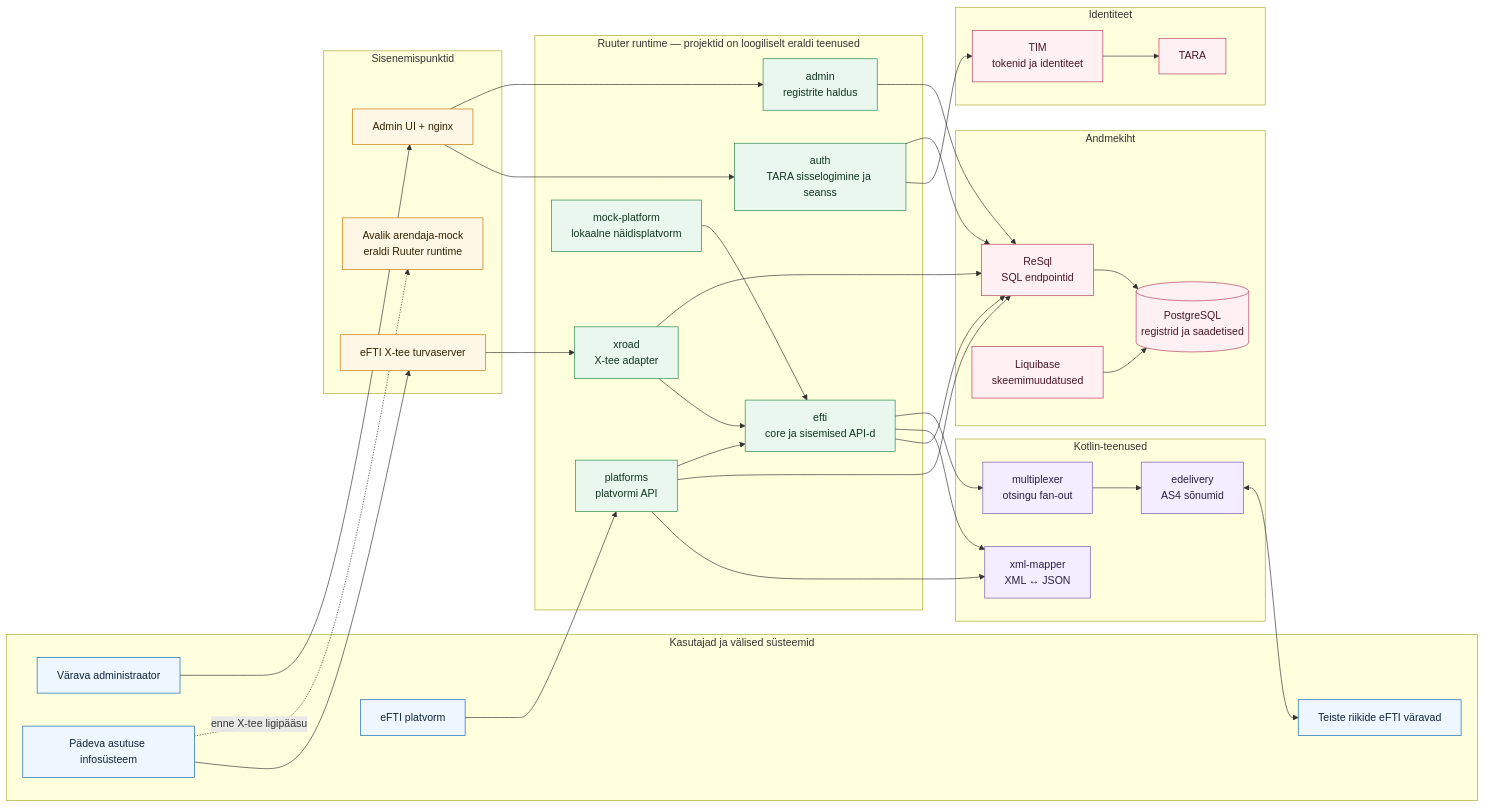
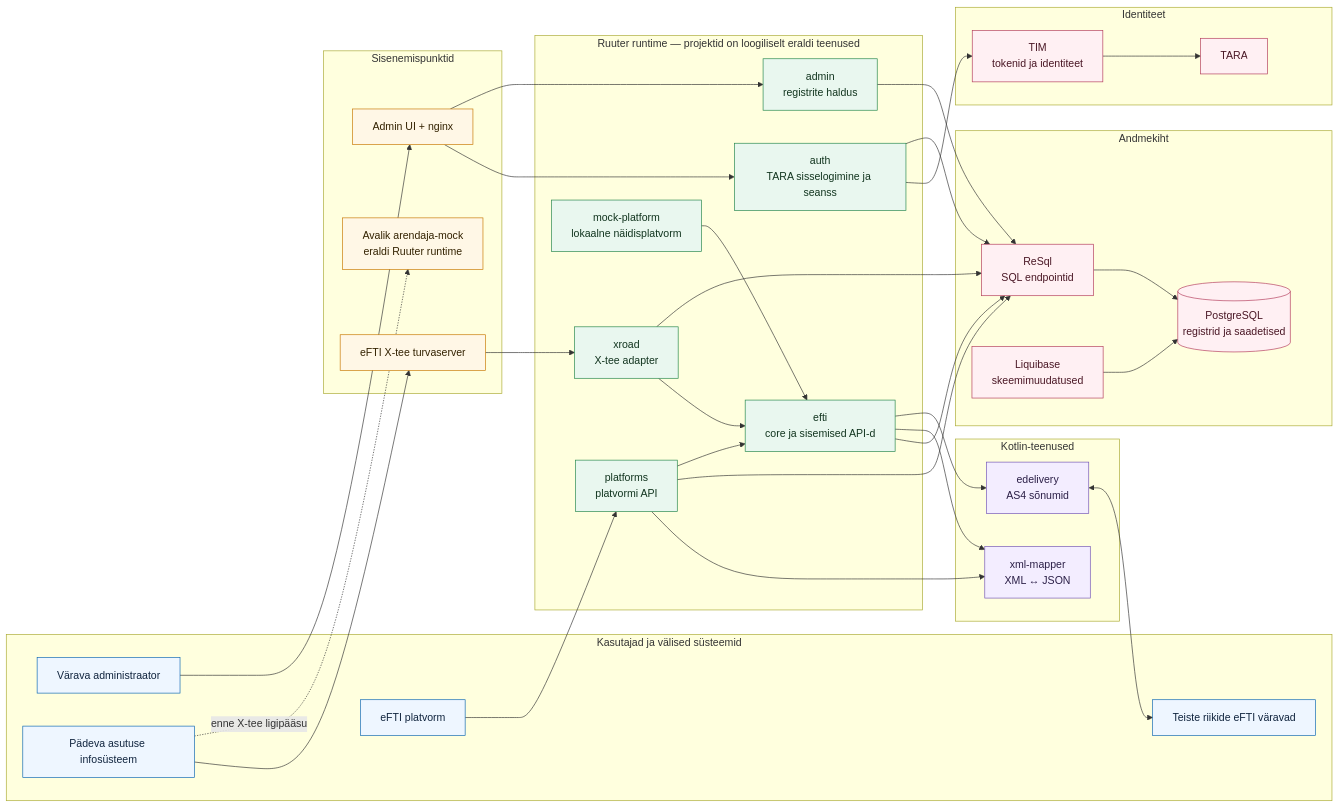
One commit to kemit-ee/efti-gate-ee changed the diagram in docs/user-guide/src/images/system-architecture.mmd. Above: the diagram before and after it, drawn with Mermaid. The commit also changed 50 other files, not shown here.

```diff
--- a/docs/user-guide/src/images/system-architecture.mmd
+++ b/docs/user-guide/src/images/system-architecture.mmd
@@ -1,80 +1,78 @@
 flowchart LR
   classDef actor fill:#eef6ff,stroke:#0b66b2,color:#10243e,stroke-width:1px
   classDef edge fill:#fff7e6,stroke:#c77700,color:#332200,stroke-width:1px
   classDef ruuter fill:#e9f7ef,stroke:#23864a,color:#12351f,stroke-width:1px
   classDef kotlin fill:#f3edff,stroke:#7253b5,color:#2b1f47,stroke-width:1px
   classDef data fill:#fff0f3,stroke:#b33b5a,color:#4a1725,stroke-width:1px
 
   subgraph USERS["Kasutajad ja välised süsteemid"]
     ADMIN["Värava administraator"]
     PLATFORM["eFTI platvorm"]
     AUTHORITY["Pädeva asutuse infosüsteem"]
     PEERS["Teiste riikide eFTI väravad"]
   end
 
   subgraph ENTRY["Sisenemispunktid"]
     UI["Admin UI + nginx"]
     SS["eFTI X-tee turvaserver"]
     DEV["Avalik arendaja-mock\neraldi Ruuter runtime"]
   end
 
   subgraph RR["Ruuter runtime — projektid on loogiliselt eraldi teenused"]
     AUTH["auth\nTARA sisselogimine ja seanss"]
     ADMINAPI["admin\nregistrite haldus"]
     PLATFORMAPI["platforms\nplatvormi API"]
     XROAD["xroad\nX-tee adapter"]
     EFTI["efti\ncore ja sisemised API-d"]
     MOCK["mock-platform\nlokaalne näidisplatvorm"]
   end
 
   subgraph JVM["Kotlin-teenused"]
     XML["xml-mapper\nXML ↔ JSON"]
-    MUX["multiplexer\notsingu fan-out"]
     EDELIVERY["edelivery\nAS4 sõnumid"]
   end
 
   subgraph ID["Identiteet"]
     TIM["TIM\ntokenid ja identiteet"]
     TARA["TARA"]
   end
 
   subgraph DATA["Andmekiht"]
     RESQL["ReSql\nSQL endpointid"]
     DB[("PostgreSQL\nregistrid ja saadetised")]
     LB["Liquibase\nskeemimuudatused"]
   end
 
   ADMIN --> UI
   UI --> AUTH
   UI --> ADMINAPI
   AUTH --> TIM --> TARA
 
   PLATFORM --> PLATFORMAPI
   PLATFORMAPI --> XML
   PLATFORMAPI --> RESQL
   PLATFORMAPI --> EFTI
 
   AUTHORITY --> SS --> XROAD
   XROAD --> EFTI
   XROAD --> RESQL
 
   ADMINAPI --> RESQL
   AUTH --> RESQL
   EFTI --> RESQL
   EFTI --> XML
-  EFTI --> MUX
+  EFTI --> EDELIVERY
   MOCK --> EFTI
 
-  MUX --> EDELIVERY
   EDELIVERY <--> PEERS
 
   RESQL --> DB
   LB --> DB
 
   AUTHORITY -. "enne X-tee ligipääsu" .-> DEV
 
   class ADMIN,PLATFORM,AUTHORITY,PEERS actor
   class UI,SS,DEV edge
   class AUTH,ADMINAPI,PLATFORMAPI,XROAD,EFTI,MOCK ruuter
-  class XML,MUX,EDELIVERY kotlin
+  class XML,EDELIVERY kotlin
   class RESQL,DB,LB,TIM,TARA data
```
